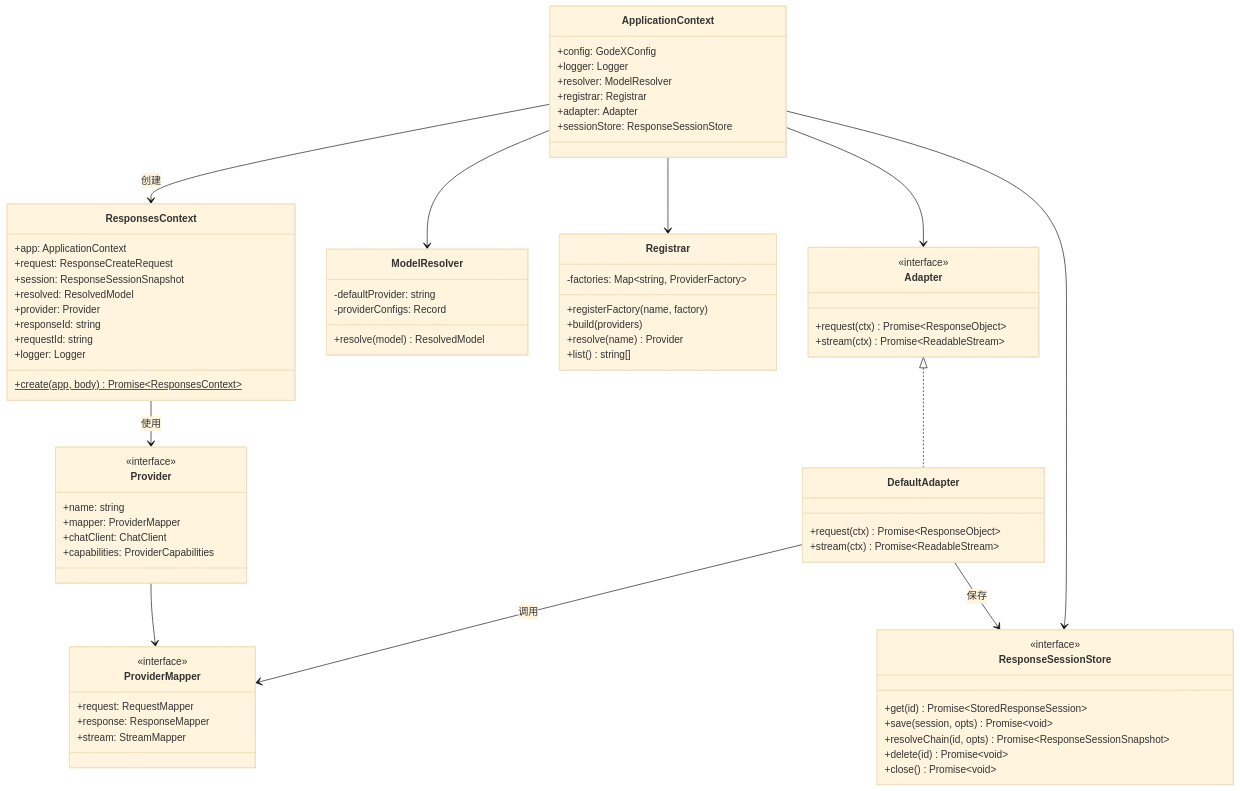
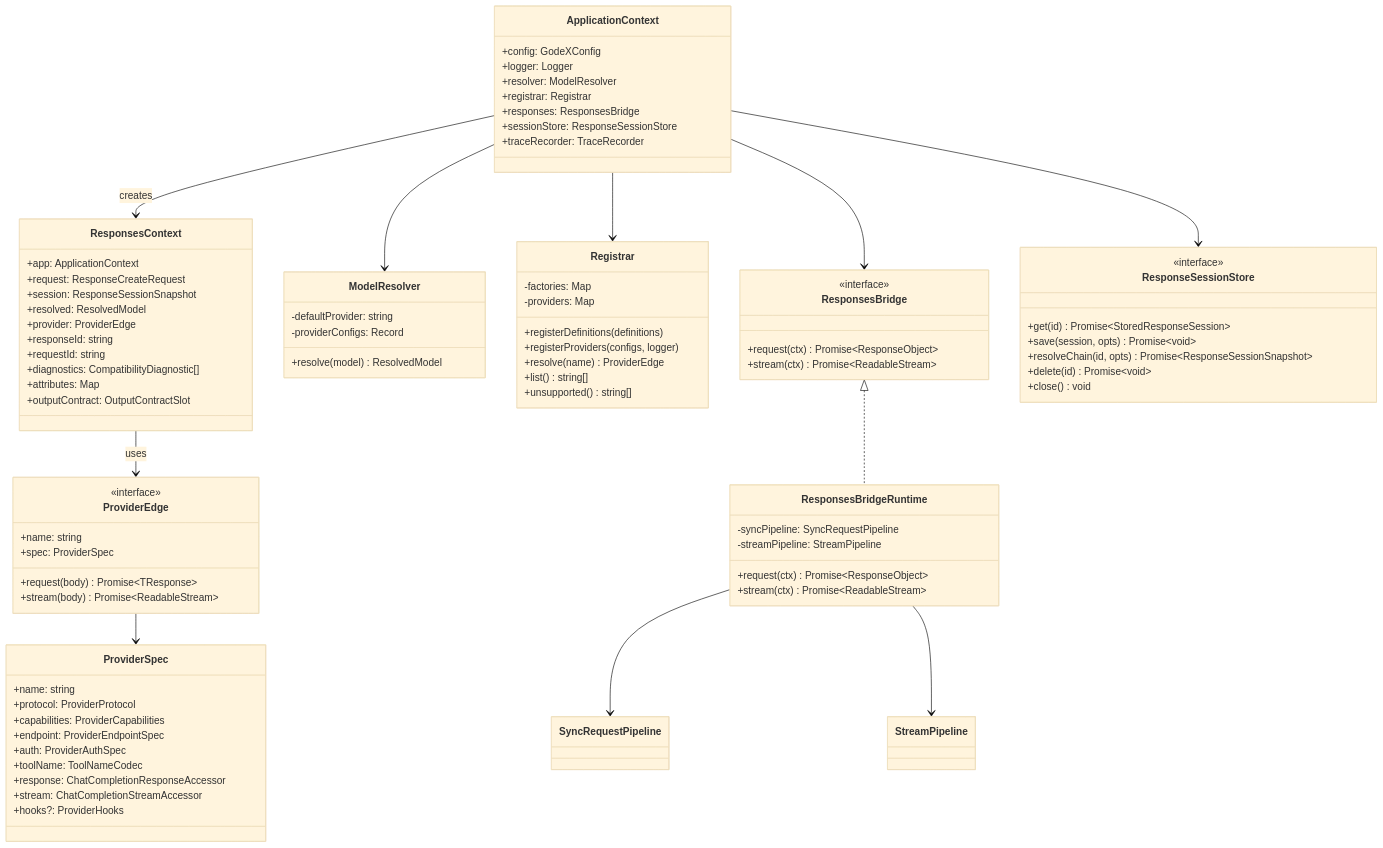
One commit to zamelee/GodeX changed the first of 2 diagrams in wiki/zh/02-architecture/overview.md. Above: the diagram before and after it, drawn with Mermaid (base theme). The commit also changed other lines of this file and 46 other files, not shown here.

````diff
--- a/wiki/zh/02-architecture/overview.md
+++ b/wiki/zh/02-architecture/overview.md
@@ -19,8 +19,9 @@
     +logger: Logger
     +resolver: ModelResolver
     +registrar: Registrar
-    +adapter: Adapter
+    +responses: ResponsesBridge
     +sessionStore: ResponseSessionStore
+    +traceRecorder: TraceRecorder
   }
 
   class ResponsesContext {
@@ -28,11 +29,12 @@
     +request: ResponseCreateRequest
     +session: ResponseSessionSnapshot
     +resolved: ResolvedModel
-    +provider: Provider
+    +provider: ProviderEdge
     +responseId: string
     +requestId: string
-    +logger: Logger
-    +create(app, body)$ Promise~ResponsesContext~
+    +diagnostics: CompatibilityDiagnostic[]
+    +attributes: Map
+    +outputContract: OutputContractSlot
   }
 
   class ModelResolver {
@@ -42,37 +44,46 @@
   }
 
   class Registrar {
-    -factories: Map~string, ProviderFactory~
-    +registerFactory(name, factory)
-    +build(providers)
-    +resolve(name) Provider
+    -factories: Map
+    -providers: Map
+    +registerDefinitions(definitions)
+    +registerProviders(configs, logger)
+    +resolve(name) ProviderEdge
     +list() string[]
+    +unsupported() string[]
   }
 
-  class Adapter {
+  class ResponsesBridge {
     <<interface>>
     +request(ctx) Promise~ResponseObject~
     +stream(ctx) Promise~ReadableStream~
   }
 
-  class DefaultAdapter {
+  class ResponsesBridgeRuntime {
+    -syncPipeline: SyncRequestPipeline
+    -streamPipeline: StreamPipeline
     +request(ctx) Promise~ResponseObject~
     +stream(ctx) Promise~ReadableStream~
   }
 
-  class Provider {
+  class ProviderEdge {
     <<interface>>
     +name: string
-    +mapper: ProviderMapper
-    +chatClient: ChatClient
-    +capabilities: ProviderCapabilities
+    +spec: ProviderSpec
+    +request(body) Promise~TResponse~
+    +stream(body) Promise~ReadableStream~
   }
 
-  class ProviderMapper {
-    <<interface>>
-    +request: RequestMapper
-    +response: ResponseMapper
-    +stream: StreamMapper
+  class ProviderSpec {
+    +name: string
+    +protocol: ProviderProtocol
+    +capabilities: ProviderCapabilities
+    +endpoint: ProviderEndpointSpec
+    +auth: ProviderAuthSpec
+    +toolName: ToolNameCodec
+    +response: ChatCompletionResponseAccessor
+    +stream: ChatCompletionStreamAccessor
+    +hooks?: ProviderHooks
   }
 
   class ResponseSessionStore {
@@ -81,17 +92,17 @@
     +save(session, opts) Promise~void~
     +resolveChain(id, opts) Promise~ResponseSessionSnapshot~
     +delete(id) Promise~void~
-    +close() Promise~void~
+    +close() void
   }
 
-  ApplicationContext --> ResponsesContext : 创建
+  ApplicationContext --> ResponsesContext : creates
   ApplicationContext --> ModelResolver
   ApplicationContext --> Registrar
-  ApplicationContext --> Adapter
+  ApplicationContext --> ResponsesBridge
   ApplicationContext --> ResponseSessionStore
-  ResponsesContext --> Provider : 使用
-  Provider --> ProviderMapper
-  Adapter <|.. DefaultAdapter
-  DefaultAdapter --> ProviderMapper : 调用
-  DefaultAdapter --> ResponseSessionStore : 保存
+  ResponsesContext --> ProviderEdge : uses
+  ProviderEdge --> ProviderSpec
+  ResponsesBridge <|.. ResponsesBridgeRuntime
+  ResponsesBridgeRuntime --> SyncRequestPipeline
+  ResponsesBridgeRuntime --> StreamPipeline
 ```
````
